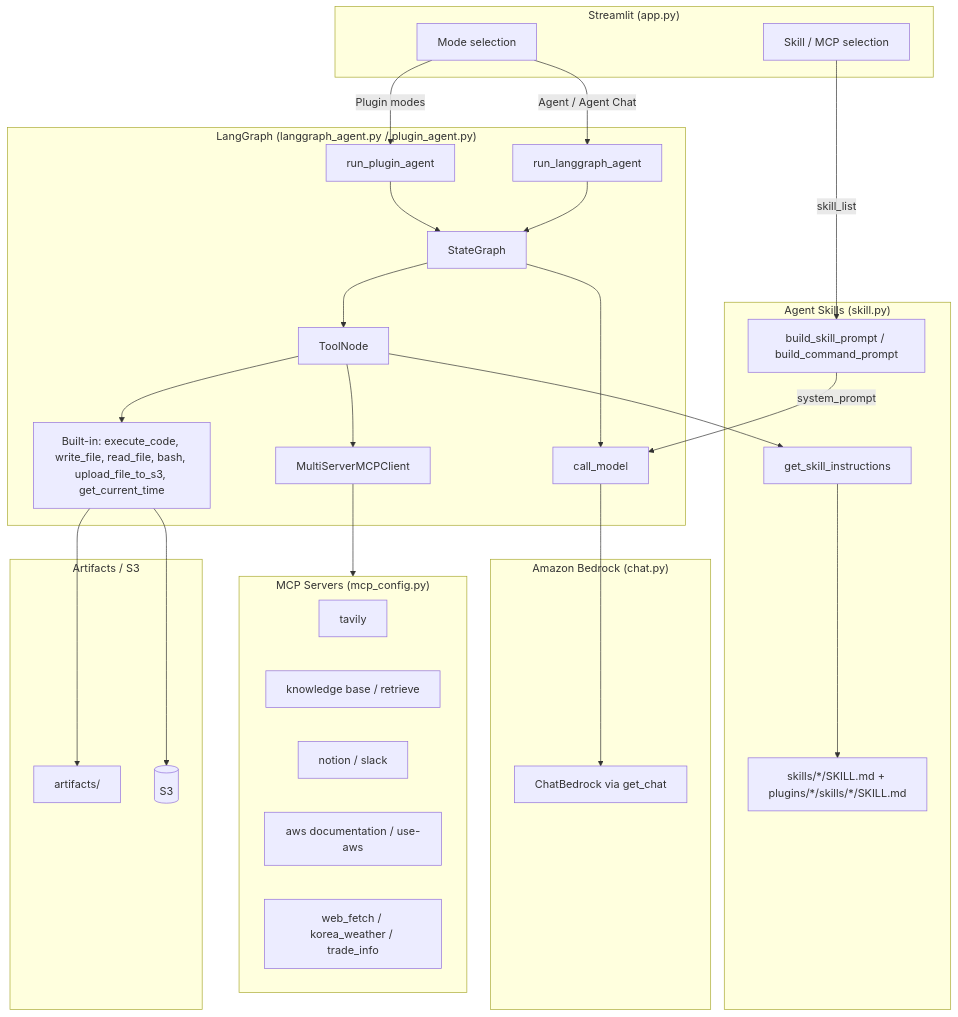
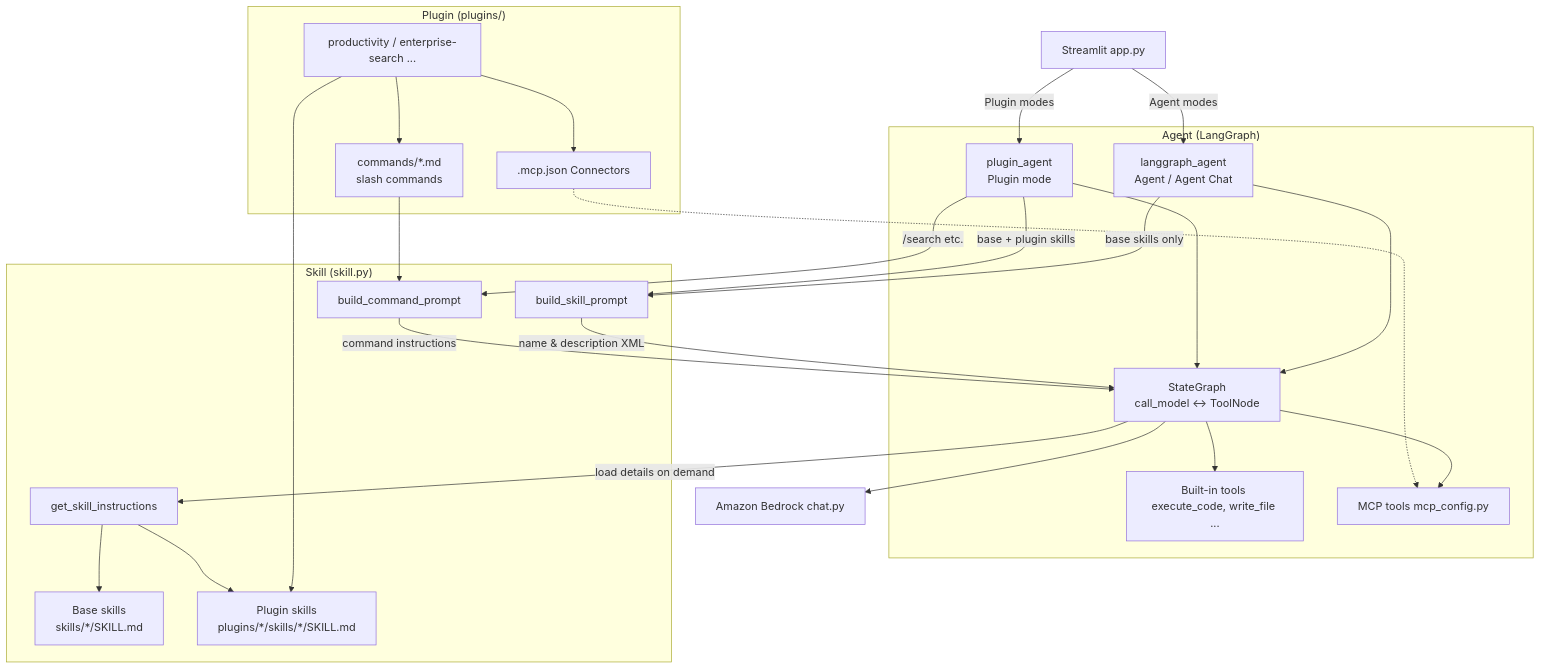
One commit to kyopark2014/agent-plugins changed the diagram in README_en.md. Above: the diagram before and after it, drawn with Mermaid. The commit also changed 1 other file, not shown here.

````diff
--- a/README_en.md
+++ b/README_en.md
@@ -9,58 +9,51 @@
 ```mermaid
 flowchart TB
-  subgraph UI["Streamlit (app.py)"]
-    M[Mode selection]
-    SKUI[Skill / MCP selection]
+  UI[Streamlit app.py]
+
+  subgraph Agent["Agent (LangGraph)"]
+    LGA[langgraph_agent<br/>Agent / Agent Chat]
+    LGP[plugin_agent<br/>Plugin mode]
+    SG[StateGraph<br/>call_model ↔ ToolNode]
+    BT[Built-in tools execute_code, write_file ...]
+    MCP[MCP tools mcp_config.py]
+    LGA --> SG
+    LGP --> SG
+    SG --> BT
+    SG --> MCP
   end
 
-  subgraph LLM["Amazon Bedrock (chat.py)"]
-    CB[ChatBedrock via get_chat]
+  subgraph Skill["Skill (skill.py)"]
+    BSP[build_skill_prompt]
+    BCP[build_command_prompt]
+    GSI[get_skill_instructions]
+    BASE[Base skills<br/>skills/*/SKILL.md]
+    PSK[Plugin skills<br/>plugins/*/skills/*/SKILL.md]
   end
 
-  subgraph Skills["Agent Skills (skill.py)"]
-    SRC["skills/*/SKILL.md + plugins/*/skills/*/SKILL.md"]
-    BSP[build_skill_prompt / build_command_prompt]
-    GSI[get_skill_instructions]
+  subgraph Plugin["Plugin (plugins/)"]
+    PLG[productivity / enterprise-search ...]
+    CMD[commands/*.md<br/>slash commands]
+    CON[.mcp.json Connectors]
+    PLG --> CMD
+    PLG --> CON
+    PLG --> PSK
   end
 
-  subgraph LangGraphStack["LangGraph (langgraph_agent.py / plugin_agent.py)"]
-    RLA[run_langgraph_agent]
-    RPA[run_plugin_agent]
-    SG[StateGraph]
-    CM[call_model]
-    TN[ToolNode]
-    BT["Built-in: execute_code, write_file, read_file, bash, upload_file_to_s3, get_current_time"]
-    MSC[MultiServerMCPClient]
-  end
+  BR[Amazon Bedrock chat.py]
 
-  subgraph MCPServers["MCP Servers (mcp_config.py)"]
-    T[tavily]
-    R[knowledge base / retrieve]
-    N[notion / slack]
-    AWS[aws documentation / use-aws]
-    WF[web_fetch / korea_weather / trade_info]
-  end
+  UI -->|Agent modes| LGA
+  UI -->|Plugin modes| LGP
 
-  subgraph Storage["Artifacts / S3"]
-    ART[artifacts/]
-    S3[(S3)]
-  end
+  LGA -->|base skills only| BSP
+  LGP -->|base + plugin skills| BSP
+  LGP -->|/search etc.| BCP
+  CMD --> BCP
 
-  M -->|Agent / Agent Chat| RLA
-  M -->|Plugin modes| RPA
-  SKUI -->|skill_list| BSP
-
-  RLA --> SG
-  RPA --> SG
-  SG --> CM
-  SG --> TN
-  CM --> CB
-  TN --> BT
-  TN --> MSC
-  TN --> GSI
-  BSP -->|system_prompt| CM
-  GSI --> SRC
-  MSC --> MCPServers
-  BT --> ART
-  BT --> S3
+  BSP -->|name & description XML| SG
+  BCP -->|command instructions| SG
+  SG -->|load details on demand| GSI
+  GSI --> BASE
+  GSI --> PSK
+  SG --> BR
+  CON -.-> MCP
 ```
````
